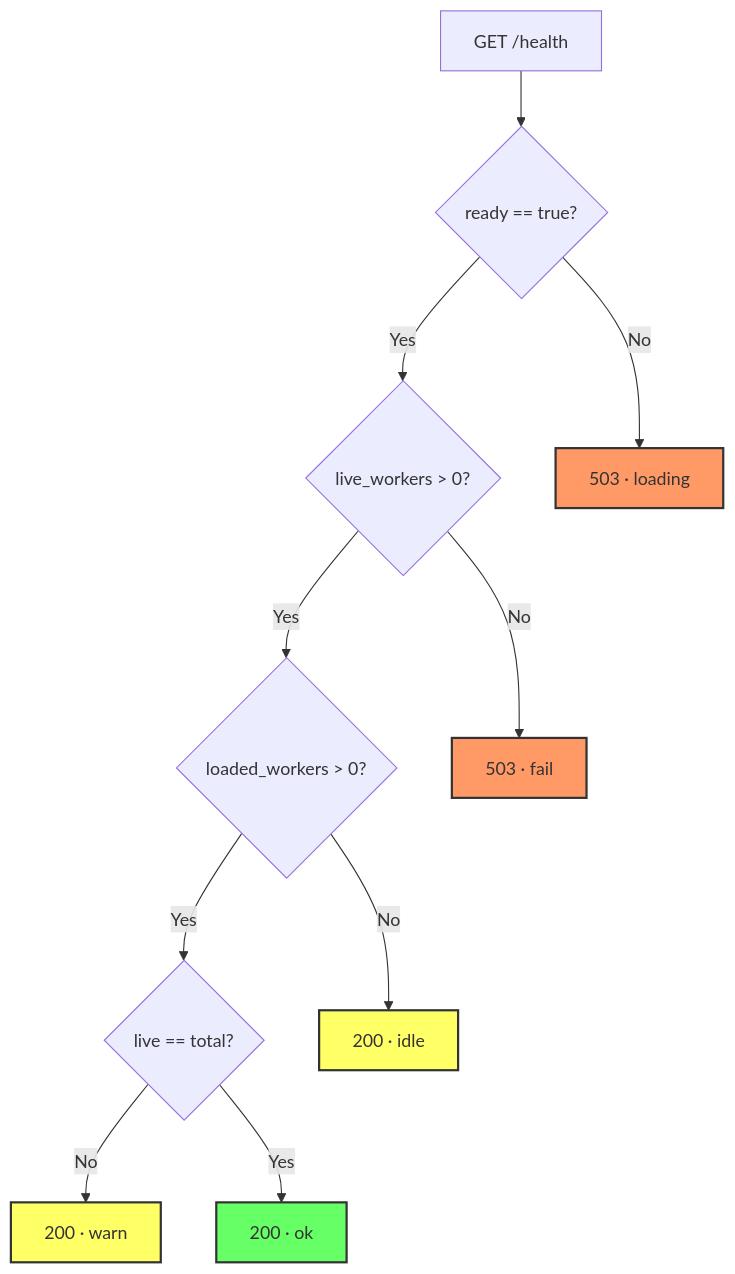
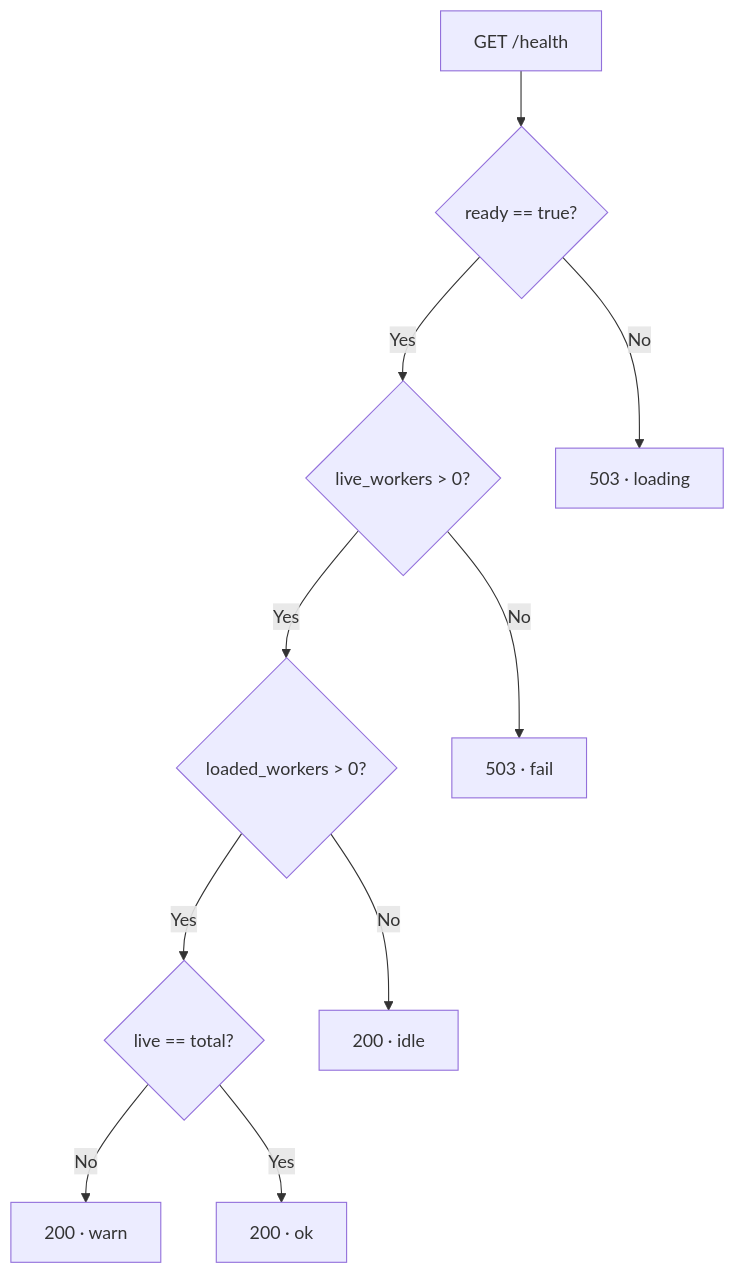
The second of 2 diagrams in docs/health-state-machine.md (Fulton-Engineering-Services/bge-m3-embedding-server), drawn with Mermaid before and after one commit. The commit also changed other lines of this file and 117 other files, not shown here.

````diff
--- a/docs/health-state-machine.md
+++ b/docs/health-state-machine.md
@@ -44,32 +44,24 @@
 ```mermaid
 graph TD
     Start["GET /health"]
     CheckReady{"ready == true?"}
     CheckLive{"live_workers > 0?"}
     CheckLoaded{"loaded_workers > 0?"}
     CheckDegraded{"live == total?"}
 
     Loading["503 · loading"]
     Fail["503 · fail"]
     Idle["200 · idle"]
     Warn["200 · warn"]
     Ok["200 · ok"]
 
     Start --> CheckReady
     CheckReady -->|No| Loading
     CheckReady -->|Yes| CheckLive
     CheckLive -->|No| Fail
     CheckLive -->|Yes| CheckLoaded
     CheckLoaded -->|No| Idle
     CheckLoaded -->|Yes| CheckDegraded
     CheckDegraded -->|No| Warn
     CheckDegraded -->|Yes| Ok
-
-    classDef error fill:#f96,stroke:#333,stroke-width:2px
-    classDef healthy fill:#6f6,stroke:#333,stroke-width:2px
-    classDef caution fill:#ff6,stroke:#333,stroke-width:2px
-
-    class Loading,Fail error
-    class Ok healthy
-    class Warn,Idle caution
 ```
````
